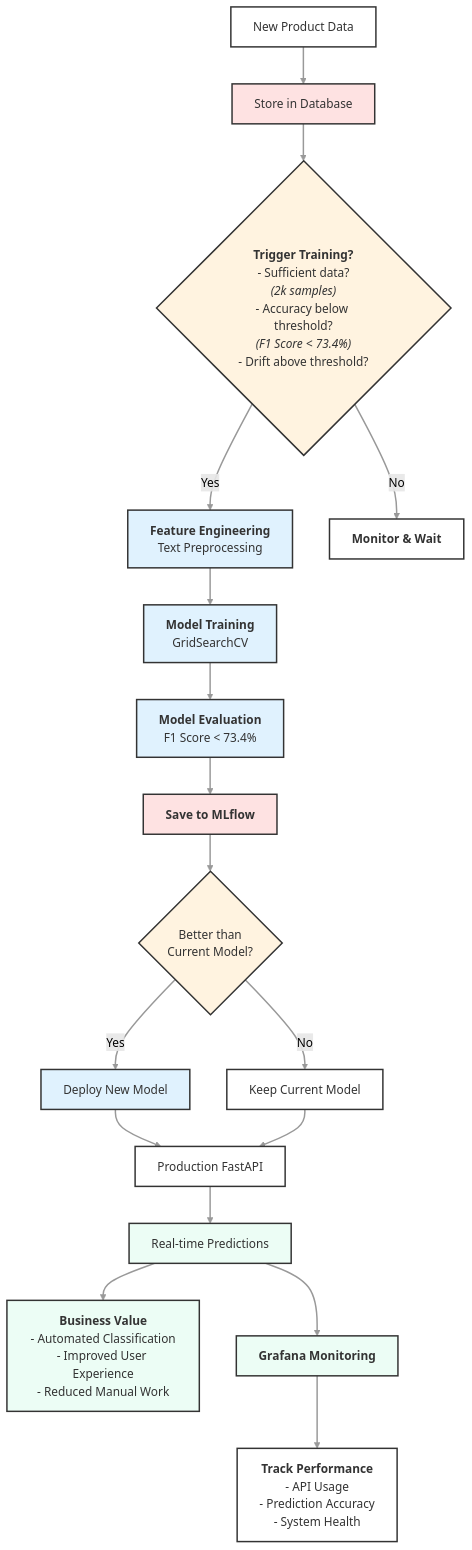
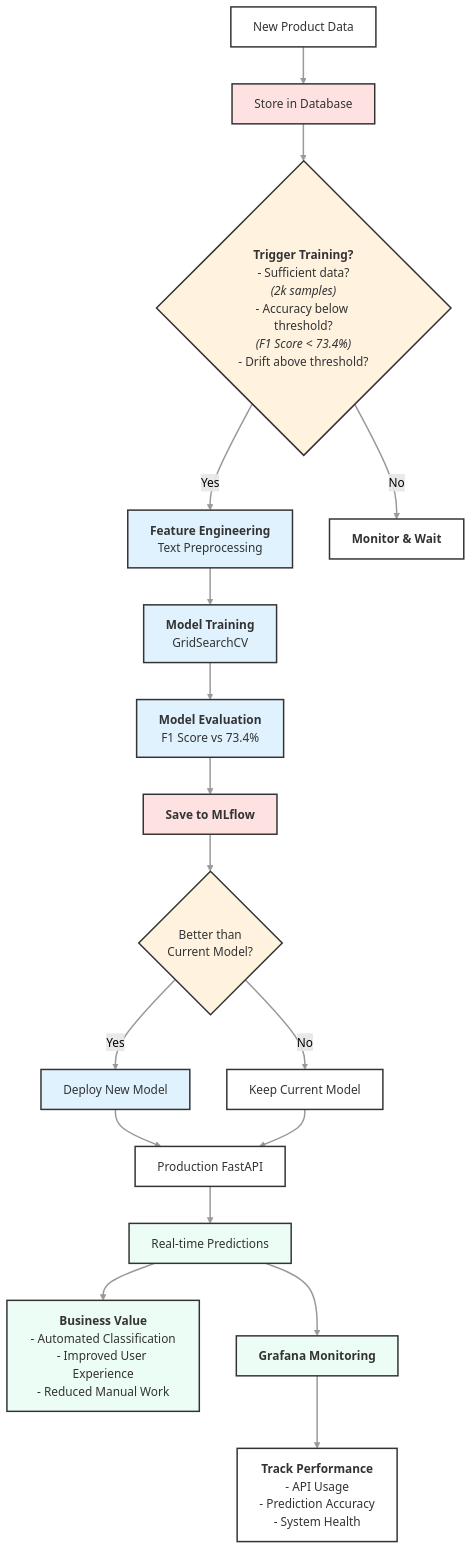
The diagram in containers/rakuten_st/flowcharts/rakuten_mlops_retraining.mermaid (Pockyee/rakuten_project), drawn with Mermaid before and after one commit.

Commit message:
fix(diagram): substituted '<' with 'vs'

```diff
--- a/containers/rakuten_st/flowcharts/rakuten_mlops_retraining.mermaid
+++ b/containers/rakuten_st/flowcharts/rakuten_mlops_retraining.mermaid
@@ -1,113 +1,113 @@
 graph TD
 
     %% RETRAINING NODES
 
     %% Data Ingestion [DI]
     Start[New Product Data]
     DataStorage[Store in Database]
     
     %% DI EDGE
     Start --> DataStorage
 
     
     %% Immediate Training Decision [ITD]
     TrainingTrigger{"`**Trigger Training?**
     - Sufficient data?
     _(2k samples)_
     - Accuracy below threshold?
     _(F1 Score < 73.4%)_
     - Drift above threshold?`"}
 
     FeatureEngineering["`**Feature Engineering**
     Text Preprocessing`"]
 
     WaitingState["`**Monitor & Wait**`"]
 
     %% ITD EDGES
     DataStorage --> TrainingTrigger
     TrainingTrigger -- "Yes" --> FeatureEngineering
     TrainingTrigger -- "No" --> WaitingState
 
 
     %% Model Development Cycle [MDC]
 
     ModelTraining["`**Model Training**
     GridSearchCV`"]
 
     ModelEvaluation["`**Model Evaluation**
-    F1 Score < 73.4%`"]
+    F1 Score vs 73.4%`"]
     
     ModelRegistry["`**Save to MLflow**`"]
 
     %% MDC EDGES
     FeatureEngineering --> ModelTraining
     ModelTraining --> ModelEvaluation
     ModelEvaluation --> ModelRegistry
 
 
     %% Deployment Decision [DD]
     
     DeploymentDecision{"Better than
     Current Model?"}
     
     ModelDeployment["Deploy New Model"]
     
     KeepCurrent["Keep Current Model"]
 
     %% DD EDGES
     ModelRegistry --> DeploymentDecision
     DeploymentDecision -- "Yes" --> ModelDeployment
     DeploymentDecision -- "No" --> KeepCurrent
 
 
     %% REAL-TIME SERVING [RTS]
     ProductionAPI["Production FastAPI"]
     RealTimePredictions["Real-time Predictions"]
 
     %% RTS EDGES
     ModelDeployment --> ProductionAPI
     KeepCurrent --> ProductionAPI
     ProductionAPI --> RealTimePredictions
 
 
     %% Business Value [BV]
     BusinessValue["`**Business Value**
     - Automated Classification
     - Improved User Experience
     - Reduced Manual Work`"]
     
     %% BV EDGE
     RealTimePredictions --> BusinessValue
 
 
     %% Monitoring and Triggering [MaT]
 
     MonitoringDashboard["`**Grafana Monitoring**`"]
 
     PerformanceMetrics["`**Track Performance**
     - API Usage
     - Prediction Accuracy
     - System Health`"]
 
 
     %% MaT EDGES
     RealTimePredictions --> MonitoringDashboard
     MonitoringDashboard --> PerformanceMetrics
 
 
     %% STYLING
     %% Apply default styles to ALL nodes
     classDef default fill:#FFF,stroke:#333,stroke-width:2px;
 
     %% Apply default styles to ALL edges
     linkStyle default stroke:#999,stroke-width:2px,color:black;
 
     classDef process fill:#E0F2FE;
     classDef decision fill:#FFF3E0;
     classDef storage fill:#FEE2E2;
     classDef value fill:#ECFDF5;
     
     class FeatureEngineering,ModelTraining,ModelEvaluation,ModelDeployment process
     class TrainingTrigger,DeploymentDecision decision
     class DataStorage,ModelRegistry storage
     class BusinessValue,RealTimePredictions,MonitoringDashboard value
```
